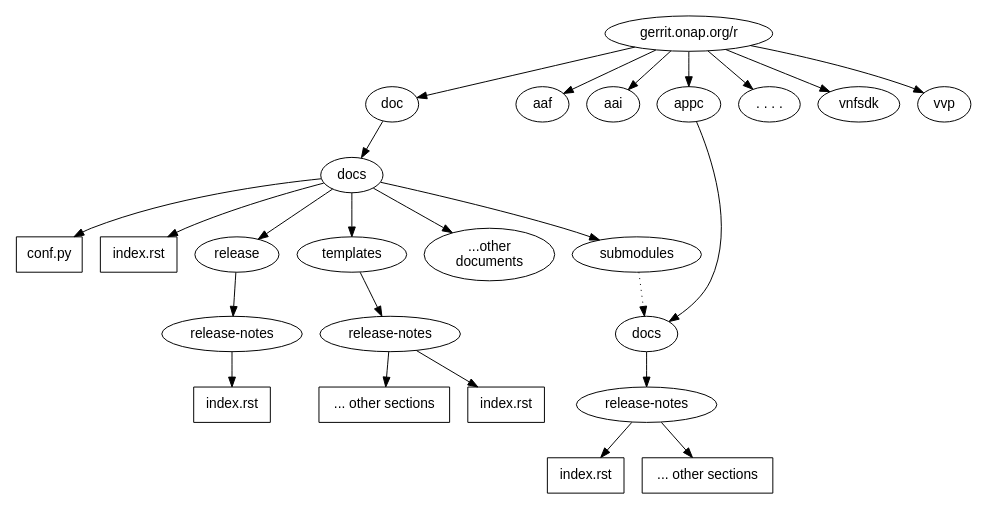
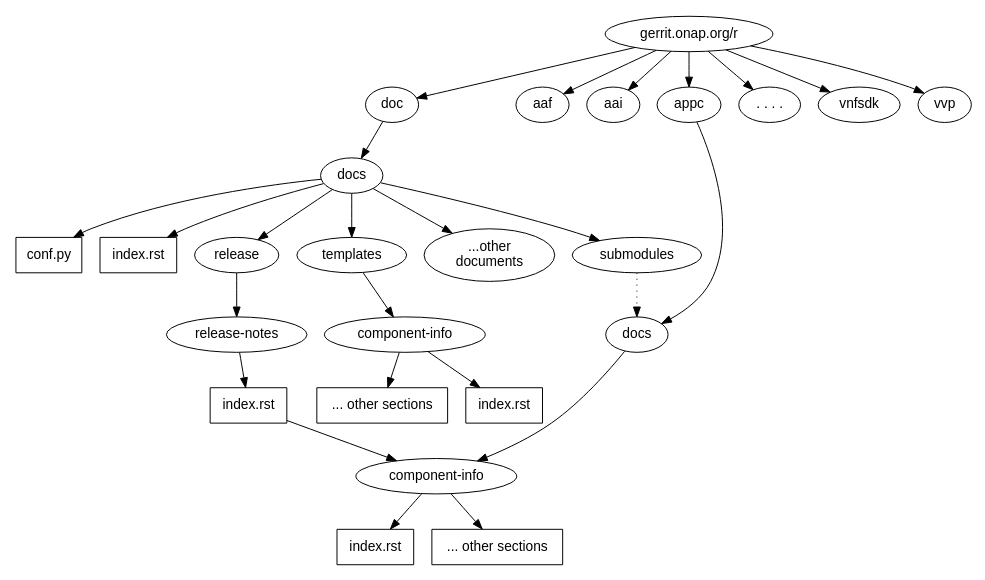
The diagram in docs/guide/onap-developer/how-to-use-docs/include-documentation.rst (onap/doc), drawn with Graphviz before and after one commit. The commit also changed other lines of this file and 6 other files, not shown here.

```diff
--- a/docs/guide/onap-developer/how-to-use-docs/include-documentation.rst
+++ b/docs/guide/onap-developer/how-to-use-docs/include-documentation.rst
@@ -56,47 +60,48 @@
 .. graphviz::
 
    
    digraph docstructure {
    size="8,12";
    node [fontname = "helvetica"];
    // Align gerrit repos and docs directories
    {rank=same doc aaf aai appc repoelipse vnfsdk vvp}
-   {rank=same releasenotestemplate localappcdocs }
+   {rank=same componentinfotemplate localappcdocs }
 
    //Show submodule linkage to docs directory
    submodules -> localappcdocs [style=dotted];
 
    //Illustrate Gerrit Repos and provide URL/Link for complete repo list
    gerrit [label="gerrit.onap.org/r", href="https://gerrit.onap.org/r/#/admin/projects/" ];
    gerrit -> doc;
    gerrit -> aaf;
    gerrit -> aai;
    gerrit -> appc;
-   gerrit -> repoelipse;                                   repoelipse [label=". . . ."];
+   gerrit -> repoelipse;                                      repoelipse [label=". . . ."];
    gerrit -> vnfsdk;
    gerrit -> vvp;
 
-   //Show example of local appc instance release notes
-   appc -> localappcdocs;                               localappcdocs [label="docs"];
-   localappcdocs -> releasenotesinstance; releasenotesinstance        [label="release-notes"];
-   releasenotesinstance -> relnoteindexinstance; relnoteindexinstance [label="index.rst", shape=box];
-   releasenotesinstance -> relnoteotherinstance; relnoteotherinstance [label="... other sections", shape=box];
+   //Show example of local appc instance of component info
+   appc -> localappcdocs;                                  localappcdocs [label="docs"];
+   localappcdocs -> componentinfoinstance;         componentinfoinstance [label="component-info"];
+   componentinfoinstance -> compinfoindexinstance; compinfoindexinstance [label="index.rst", shape=box];
+   componentinfoinstance -> compinofotherinstance; compinofotherinstance [label="... other sections", shape=box];
 
    //Show detail structure of a portion of doc/docs _images _static _templates multiple master documents omitted
    doc  -> docs;
    docs -> confpy;                                             confpy [label="conf.py",shape=box];
    docs -> toplevelindex;                               toplevelindex [label="index.rst", shape=box];
    docs -> release;
    docs -> rsttemplates;                                 rsttemplates [label="templates"];
    docs -> indexdirelipse;                             indexdirelipse [label="...other\ndocuments"];
    docs -> submodules
 
-   //Example Release notes document
+   //Example Release document, section release notes, and reference to an instance of component-info
    release -> releasenotes;                              releasenotes [label="release-notes"];
    releasenotes -> lowerlevelindex;                   lowerlevelindex [label="index.rst", shape=box];
+   lowerlevelindex -> componentinfoinstance;
 
-   //Example release-notes template
-   rsttemplates -> releasenotestemplate;         releasenotestemplate [label="release-notes"];
-   releasenotestemplate -> relnoteindex;                 relnoteindex [label="index.rst", shape=box];
-   releasenotestemplate -> relnoteother;                 relnoteother [label="... other sections", shape=box];
+   //Example component-info template
+   rsttemplates -> componentinfotemplate;       componentinfotemplate [label="component-info"];
+   componentinfotemplate -> compinfotmpindex;        compinfotmpindex [label="index.rst", shape=box];
+   componentinfotemplate -> compinfotmpother;        compinfotmpother [label="... other sections", shape=box];
    }
```
